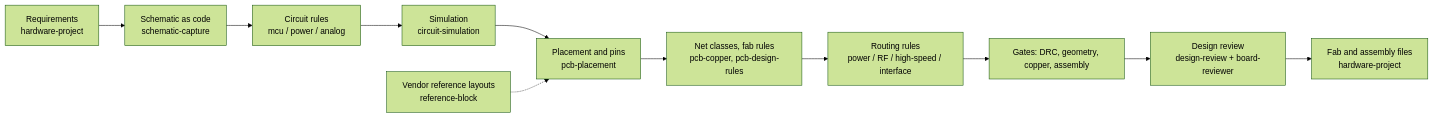
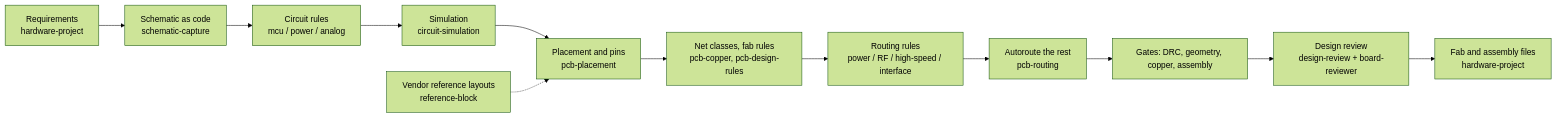
Before and after one commit to gabrielfrasantos/claude-hardware-skills: the diagram in README.md, drawn with Mermaid (forest theme). The commit also changed other lines of this file and 8 other files, not shown here.

First line of the commit message:
feat(pcb-routing): autoroute with Freerouting from a text-based DSN (#32)

````diff
--- a/README.md
+++ b/README.md
@@ -27,13 +27,14 @@
 ```mermaid
 flowchart LR
   R[Requirements<br/>hardware-project] --> S[Schematic as code<br/>schematic-capture]
   S --> C[Circuit rules<br/>mcu / power / analog]
   C --> SIM[Simulation<br/>circuit-simulation]
   SIM --> P[Placement and pins<br/>pcb-placement]
   P --> N[Net classes, fab rules<br/>pcb-copper, pcb-design-rules]
   N --> L[Routing rules<br/>power / RF / high-speed / interface]
-  L --> G[Gates: DRC, geometry, copper, assembly]
+  L --> AR[Autoroute the rest<br/>pcb-routing]
+  AR --> G[Gates: DRC, geometry, copper, assembly]
   G --> RV[Design review<br/>design-review + board-reviewer]
   RV --> F[Fab and assembly files<br/>hardware-project]
   V[Vendor reference layouts<br/>reference-block] -.-> P
 ```
````
